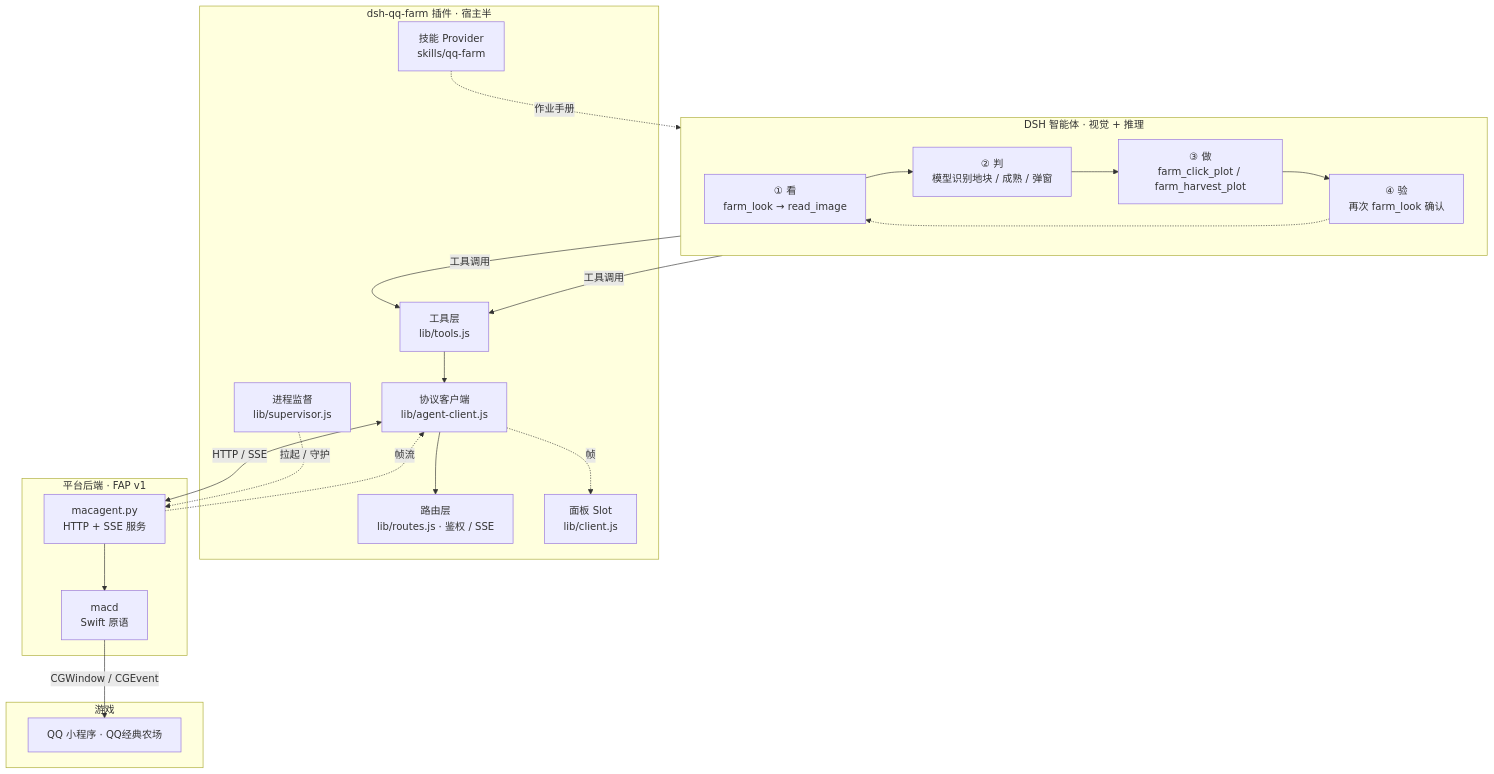
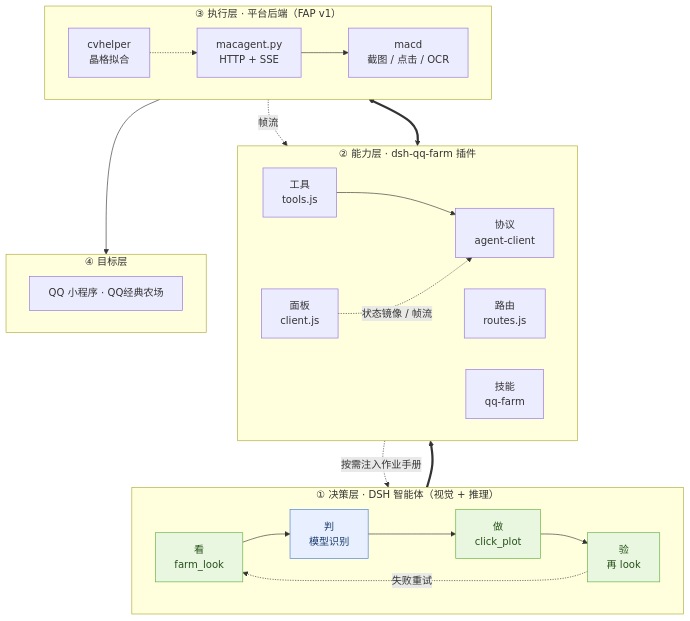
Before and after one commit to Moosphan/dsh-qq-farm: the diagram in README.md, drawn with Mermaid.

Commit message:
docs: layered architecture diagram

````diff
--- a/README.md
+++ b/README.md
@@ -26,41 +26,45 @@
 ```mermaid
 flowchart TB
-    subgraph Agent["DSH 智能体 · 视觉 + 推理"]
+    subgraph L1["① 决策层 · DSH 智能体（视觉 + 推理）"]
         direction LR
-        A1["① 看<br/>farm_look → read_image"]
-        A2["② 判<br/>模型识别地块 / 成熟 / 弹窗"]
-        A3["③ 做<br/>farm_click_plot / farm_harvest_plot"]
-        A4["④ 验<br/>再次 farm_look 确认"]
-        A1 --> A2 --> A3 --> A4 -.-> A1
+        A1["看<br/>farm_look"]:::act
+        A2["判<br/>模型识别"]:::think
+        A3["做<br/>click_plot"]:::act
+        A4["验<br/>再 look"]:::act
+        A1 --> A2 --> A3 --> A4
+        A4 -. 失败重试 .-> A1
     end
 
-    subgraph Plugin["dsh-qq-farm 插件 · 宿主半"]
-        P1["工具层<br/>lib/tools.js"]
-        P2["路由层<br/>lib/routes.js · 鉴权 / SSE"]
-        P3["协议客户端<br/>lib/agent-client.js"]
-        P4["进程监督<br/>lib/supervisor.js"]
-        P5["技能 Provider<br/>skills/qq-farm"]
-        P6["面板 Slot<br/>lib/client.js"]
+    subgraph L2["② 能力层 · dsh-qq-farm 插件"]
+        direction LR
+        B1["工具<br/>tools.js"]
+        B2["路由<br/>routes.js"]
+        B3["协议<br/>agent-client"]
+        B4["技能<br/>qq-farm"]
+        B5["面板<br/>client.js"]
     end
 
-    subgraph Backend["平台后端 · FAP v1"]
-        B1["macagent.py<br/>HTTP + SSE 服务"]
-        B2["macd<br/>Swift 原语"]
+    subgraph L3["③ 执行层 · 平台后端（FAP v1）"]
+        direction LR
+        C1["macagent.py<br/>HTTP + SSE"]
+        C2["macd<br/>截图 / 点击 / OCR"]
+        C3["cvhelper<br/>晶格拟合"]
     end
 
-    subgraph Game["游戏"]
-        G1["QQ 小程序 · QQ经典农场"]
+    subgraph L4["④ 目标层"]
+        direction LR
+        D1["QQ 小程序 · QQ经典农场"]
     end
 
-    A3 -->|工具调用| P1
-    A1 -->|工具调用| P1
-    P1 --> P3
-    P3 <-->|HTTP / SSE| B1
-    B1 --> B2
-    B2 -->|CGWindow / CGEvent| G1
-    B1 -.->|帧流| P3
-    P3 -.->|帧| P6
-    P5 -.->|作业手册| Agent
-    P4 -.->|拉起 / 守护| B1
-    P3 --> P2
+    A3 ==> B1
+    B1 --> B3
+    B3 <==> C1
+    C1 --> C2 --> D1
+    C3 -.-> C1
+    B4 -. 按需注入作业手册 .-> A2
+    B5 -. 状态镜像 / 帧流 .-> B3
+    C1 -. 帧流 .-> B5
+
+    classDef think fill:#e8f0ff,stroke:#4a7bd0,color:#1a3a6b
+    classDef act fill:#e9f7e0,stroke:#5fae3a,color:#27521a
 ```
````
